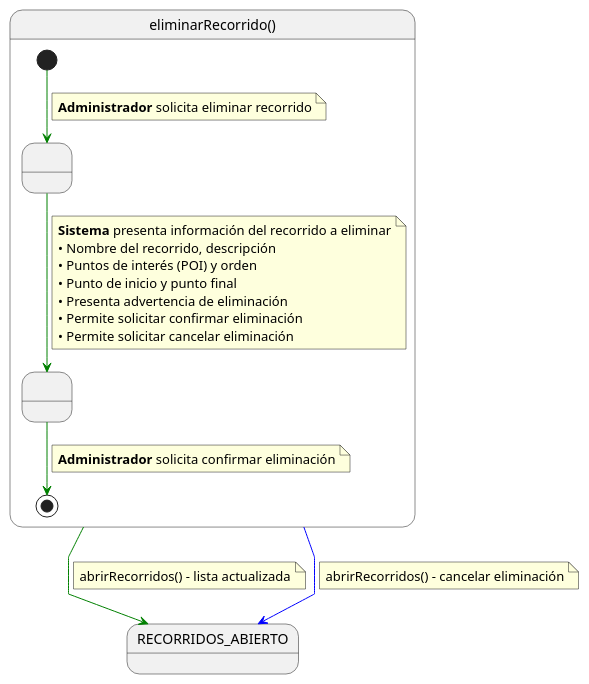
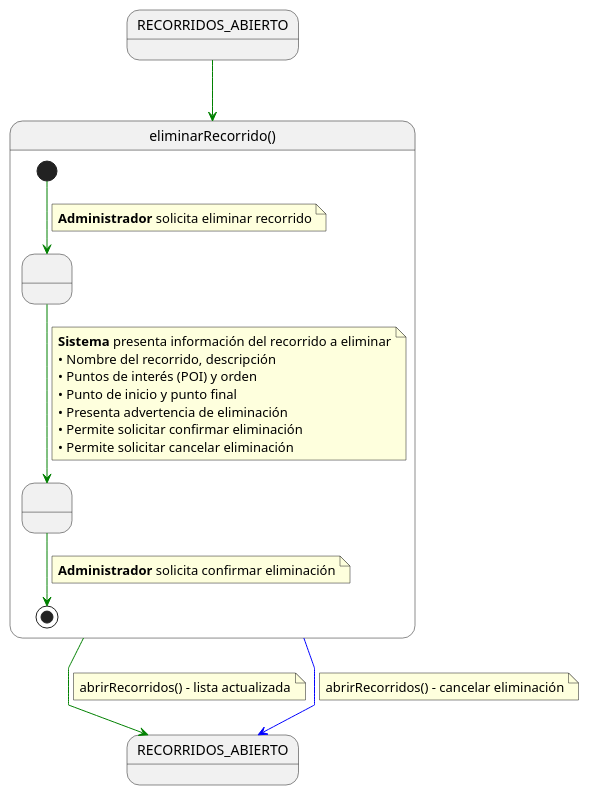
One commit to Camila-Lesly/25-26-idsw1-sdr changed the diagram in documentos/01-casoDeUso/3-DetallarCasosDeUso/0-Administrador/eliminarRecorrido/eliminarRecorrido.puml. Above: the diagram before and after it, drawn with PlantUML. The commit also changed 23 other files, not shown here.

```diff
--- a/documentos/01-casoDeUso/3-DetallarCasosDeUso/0-Administrador/eliminarRecorrido/eliminarRecorrido.puml
+++ b/documentos/01-casoDeUso/3-DetallarCasosDeUso/0-Administrador/eliminarRecorrido/eliminarRecorrido.puml
@@ -1,42 +1,45 @@
 @startuml eliminarRecorrido
 
 skinparam linetype polyline
+
+state in1 as "RECORRIDOS_ABIERTO"
+in1 -[#green]-> eliminarRecorrido
 
 state eliminarRecorrido as "eliminarRecorrido()" {
 
     state " " as ConfirmandoEliminacion
     state " " as EliminandoRecorrido
 
     [*] -[#green]-> ConfirmandoEliminacion 
     note on link
     <b>Administrador</b> solicita eliminar recorrido
     end note    
     
     ConfirmandoEliminacion -[#green]-> EliminandoRecorrido
     note on link
     <b>Sistema</b> presenta información del recorrido a eliminar
     • Nombre del recorrido, descripción
     • Puntos de interés (POI) y orden
     • Punto de inicio y punto final
     • Presenta advertencia de eliminación
     • Permite solicitar confirmar eliminación
     • Permite solicitar cancelar eliminación
     end note
     
     EliminandoRecorrido -[#green]-> [*]
     note on link
     <b>Administrador</b> solicita confirmar eliminación
     end note
 }
 
 eliminarRecorrido -[#green]-> RECORRIDOS_ABIERTO
 note on link
 abrirRecorridos() - lista actualizada
 end note
 
 eliminarRecorrido -[#blue]-> RECORRIDOS_ABIERTO
 note on link
 abrirRecorridos() - cancelar eliminación
 end note
 
 @enduml
```
